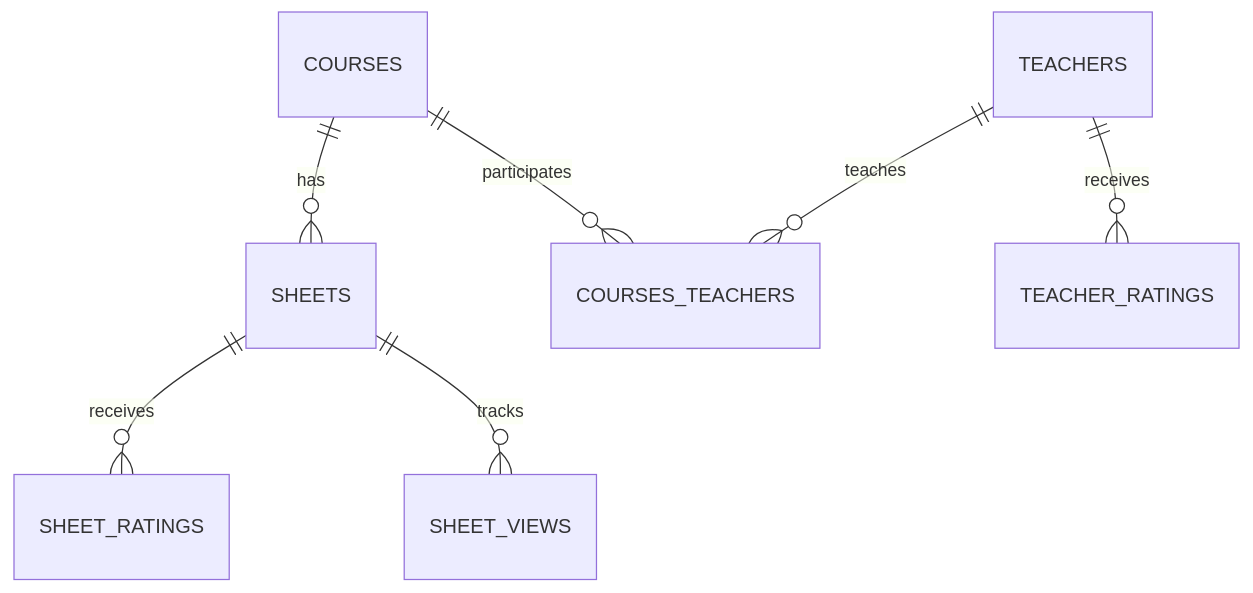
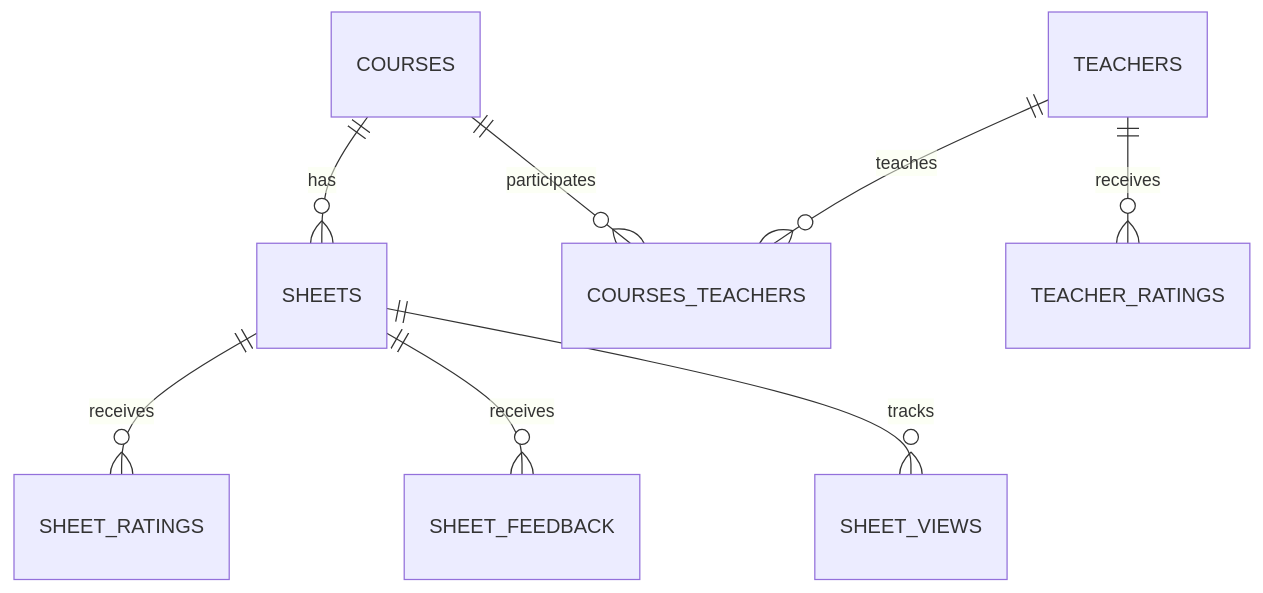
One commit to ccUnicode/TrikaWeb changed the second of 3 diagrams in docs/arquitectura.md. Above: the diagram before and after it, drawn with Mermaid. The commit also changed other lines of this file and 4 other files, not shown here.

````diff
--- a/docs/arquitectura.md
+++ b/docs/arquitectura.md
@@ -100,9 +101,10 @@
 ```mermaid
 erDiagram
     COURSES ||--o{ SHEETS : has
     COURSES ||--o{ COURSES_TEACHERS : participates
     TEACHERS ||--o{ COURSES_TEACHERS : teaches
     TEACHERS ||--o{ TEACHER_RATINGS : receives
     SHEETS ||--o{ SHEET_RATINGS : receives
+    SHEETS ||--o{ SHEET_FEEDBACK : receives
     SHEETS ||--o{ SHEET_VIEWS : tracks
 ```
````
